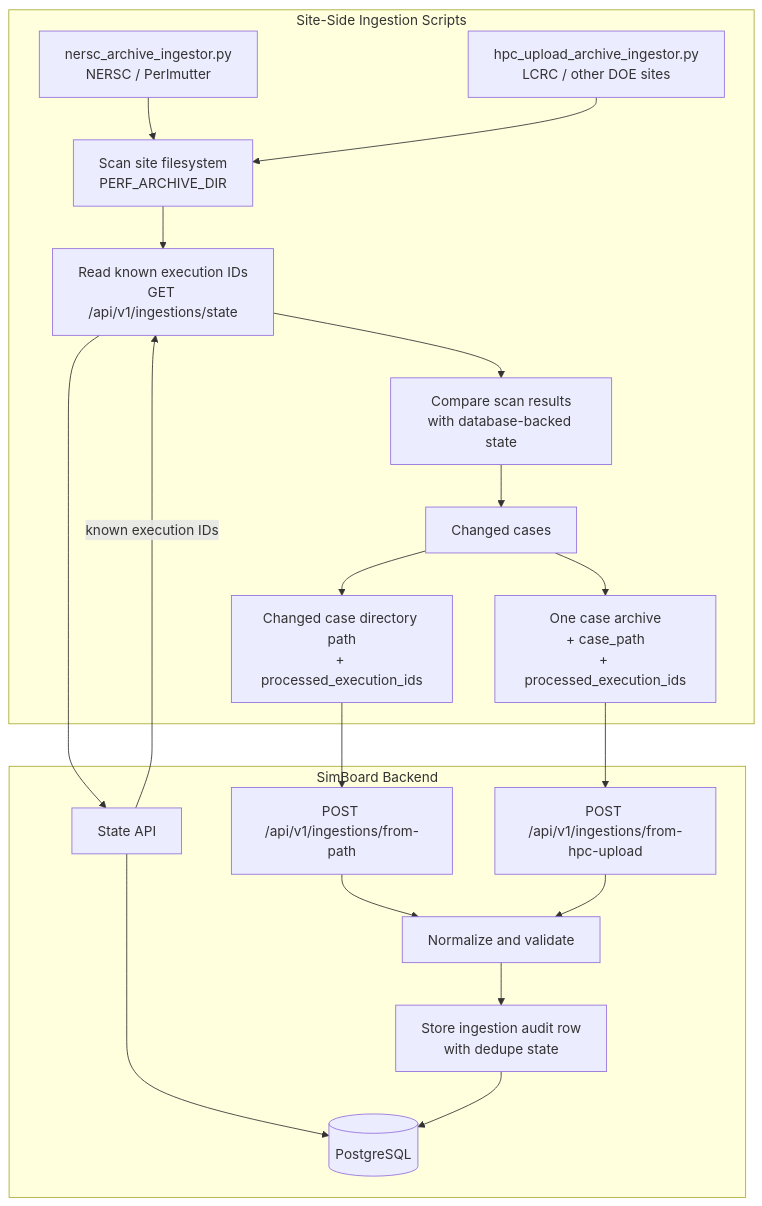
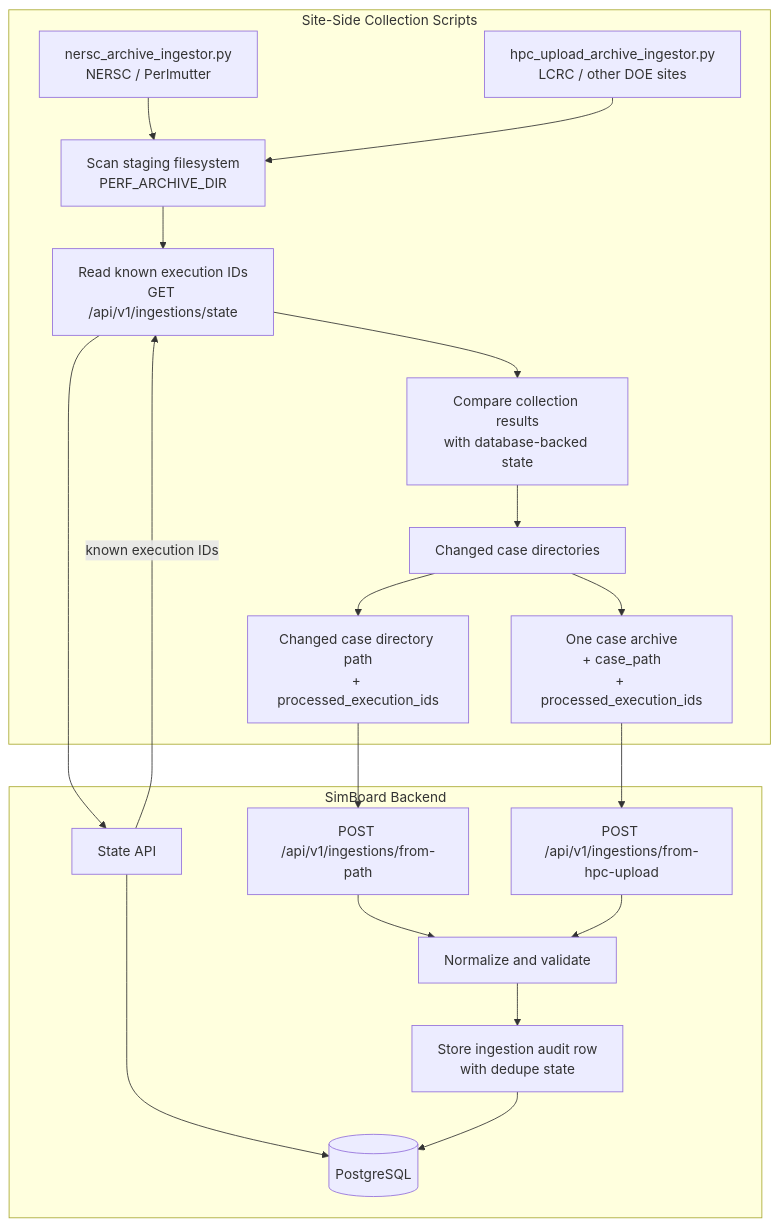
The diagram in docs/architecture/metadata-ingestion.md (E3SM-Project/simboard), drawn with Mermaid before and after one commit. The commit also changed other lines of this file and 2 other files, not shown here.

Commit message:
docs: clarify metadata ingestion terminology

````diff
--- a/docs/architecture/metadata-ingestion.md
+++ b/docs/architecture/metadata-ingestion.md
@@ -114,42 +126,42 @@
 ```mermaid
 flowchart TD
-  subgraph RUNNERS["Site-Side Ingestion Scripts"]
+  subgraph RUNNERS["Site-Side Collection Scripts"]
     NERSC["nersc_archive_ingestor.py\nNERSC / Perlmutter"]
     HPC["hpc_upload_archive_ingestor.py\nLCRC / other DOE sites"]
 
-    SCAN["Scan site filesystem\nPERF_ARCHIVE_DIR"]
+    SCAN["Scan staging filesystem\nPERF_ARCHIVE_DIR"]
     STATE_REQ["Read known execution IDs\nGET /api/v1/ingestions/state"]
-    COMPARE["Compare scan results\nwith database-backed state"]
-    CHANGED["Changed cases"]
+    COMPARE["Compare collection results\nwith database-backed state"]
+    CHANGED["Changed case directories"]
 
     NERSC_PAYLOAD["Changed case directory path\n+ processed_execution_ids"]
     HPC_PAYLOAD["One case archive\n+ case_path\n+ processed_execution_ids"]
   end
 
   subgraph BACKEND["SimBoard Backend"]
     STATE["State API"]
     PATH["POST /api/v1/ingestions/from-path"]
     UPLOAD["POST /api/v1/ingestions/from-hpc-upload"]
     NORMALIZE["Normalize and validate"]
     AUDIT["Store ingestion audit row\nwith dedupe state"]
     DB[("PostgreSQL")]
   end
 
   NERSC --> SCAN
   HPC --> SCAN
 
   SCAN --> STATE_REQ
   STATE_REQ --> STATE
   STATE -->|"known execution IDs"| STATE_REQ
   STATE --> DB
 
   STATE_REQ --> COMPARE
   COMPARE --> CHANGED
 
   CHANGED --> NERSC_PAYLOAD --> PATH
   CHANGED --> HPC_PAYLOAD --> UPLOAD
 
   PATH --> NORMALIZE
   UPLOAD --> NORMALIZE
   NORMALIZE --> AUDIT --> DB
 ```
````
